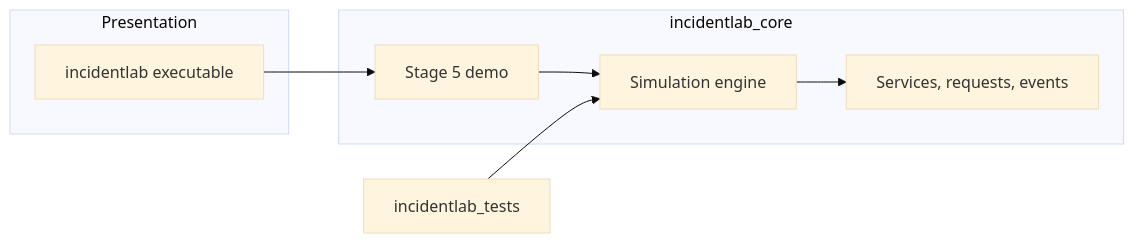
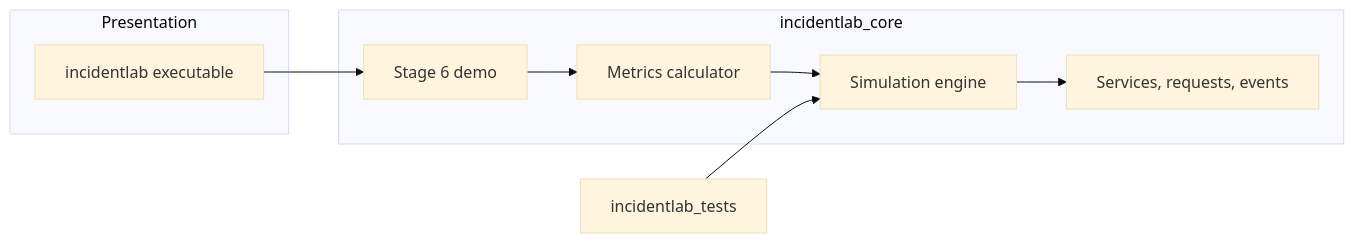
The diagram in README.md (IG1234567/incidentLab), drawn with Mermaid (base theme) before and after one commit. The commit also changed other lines of this file and 12 other files, not shown here.

Commit message:
Add Stage 6 Metrics Observability

````diff
--- a/README.md
+++ b/README.md
@@ -100,19 +116,21 @@
 ```mermaid
 flowchart LR
     subgraph presentation [Presentation]
         App["incidentlab executable"]
     end
 
     subgraph core [incidentlab_core]
-        Demo["Stage 5 demo"]
+        Demo["Stage 6 demo"]
+        Metrics["Metrics calculator"]
         Engine["Simulation engine"]
         Domain["Services, requests, events"]
     end
 
     Tests["incidentlab_tests"]
 
     App --> Demo
-    Demo --> Engine
+    Demo --> Metrics
+    Metrics --> Engine
     Engine --> Domain
     Tests --> Engine
 ```
````
